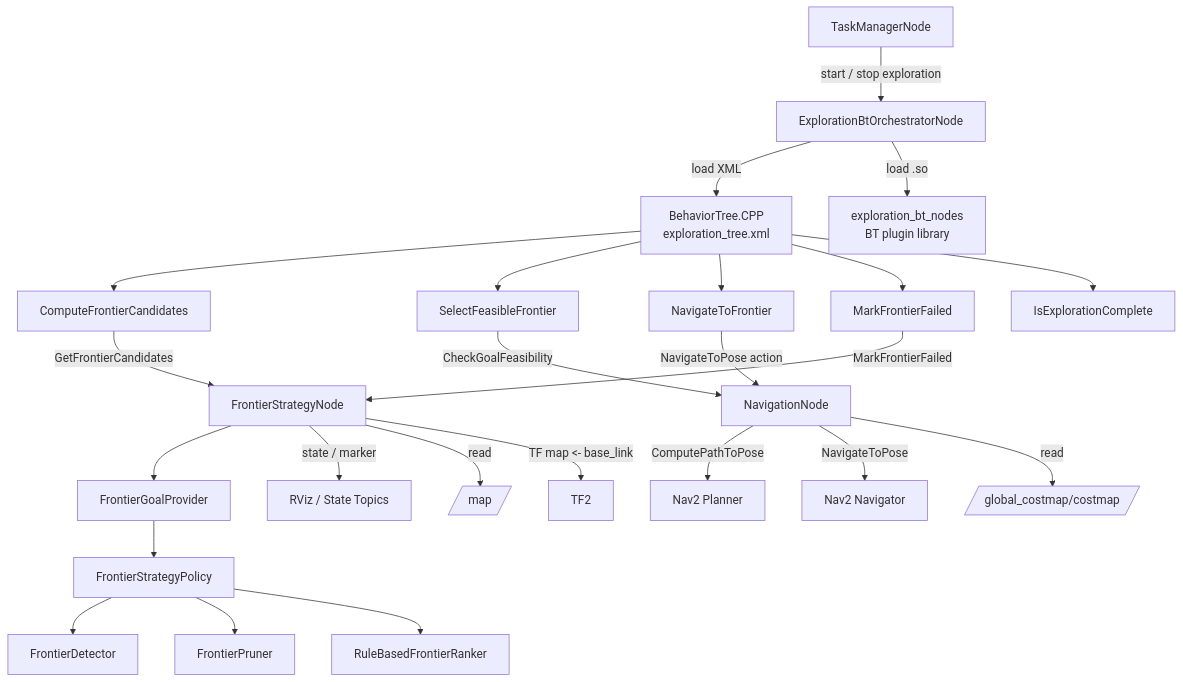
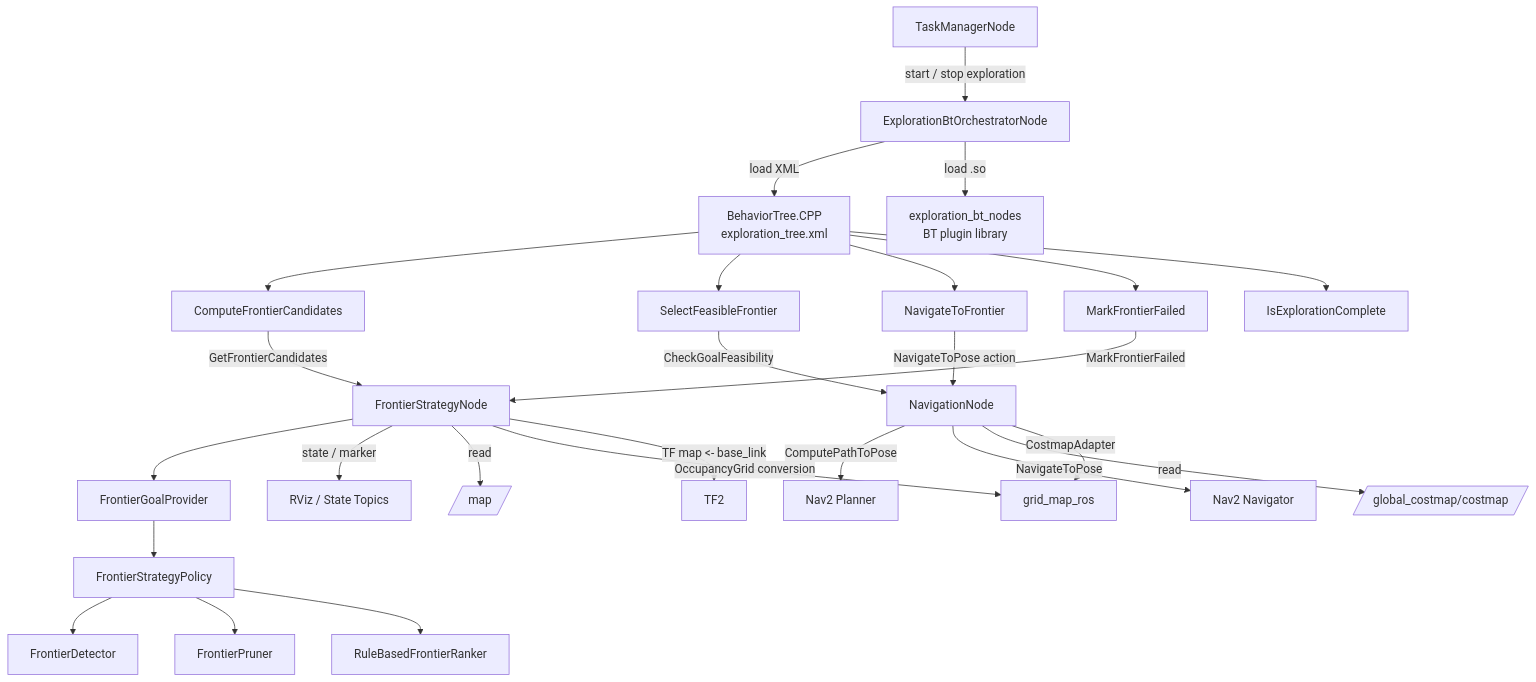
The diagram in src/exploration_nodes/doc/exploration_architecture.md (UIU8848UJU/autonomous_frontier_explorer), drawn with Mermaid before and after one commit. The commit also changed other lines of this file and 34 other files, not shown here.

Commit message:
refactor: decouple grid map adapters and candidate transport

````diff
--- a/src/exploration_nodes/doc/exploration_architecture.md
+++ b/src/exploration_nodes/doc/exploration_architecture.md
@@ -15,28 +16,30 @@
 ```mermaid
 flowchart TD
     TM[TaskManagerNode] -->|start / stop exploration| BTO[ExplorationBtOrchestratorNode]
     BTO -->|load XML| BT[BehaviorTree.CPP<br/>exploration_tree.xml]
     BTO -->|load .so| PLUGINS[exploration_bt_nodes<br/>BT plugin library]
     BT --> CFC[ComputeFrontierCandidates]
     BT --> SFF[SelectFeasibleFrontier]
     BT --> NAVBT[NavigateToFrontier]
     BT --> MFF[MarkFrontierFailed]
     BT --> IEC[IsExplorationComplete]
 
     CFC -->|GetFrontierCandidates| FEN[FrontierStrategyNode]
     MFF -->|MarkFrontierFailed| FEN
     FEN --> FGP[FrontierGoalProvider]
     FGP --> POL[FrontierStrategyPolicy]
     POL --> DET[FrontierDetector]
     POL --> PRN[FrontierPruner]
     POL --> SCR[RuleBasedFrontierRanker]
     FEN -->|state / marker| RVIZ[RViz / State Topics]
 
     SFF -->|CheckGoalFeasibility| NN[NavigationNode]
     NAVBT -->|NavigateToPose action| NN
     NN -->|ComputePathToPose| NAV2P[Nav2 Planner]
     NN -->|NavigateToPose| NAV2N[Nav2 Navigator]
     NN -->|read| GCM[/global_costmap/costmap/]
     FEN -->|read| MAP[/map/]
+    FEN -->|OccupancyGrid conversion| GMR[grid_map_ros]
+    NN -->|CostmapAdapter| GMR
     FEN -->|TF map <- base_link| TF[TF2]
 ```
````
